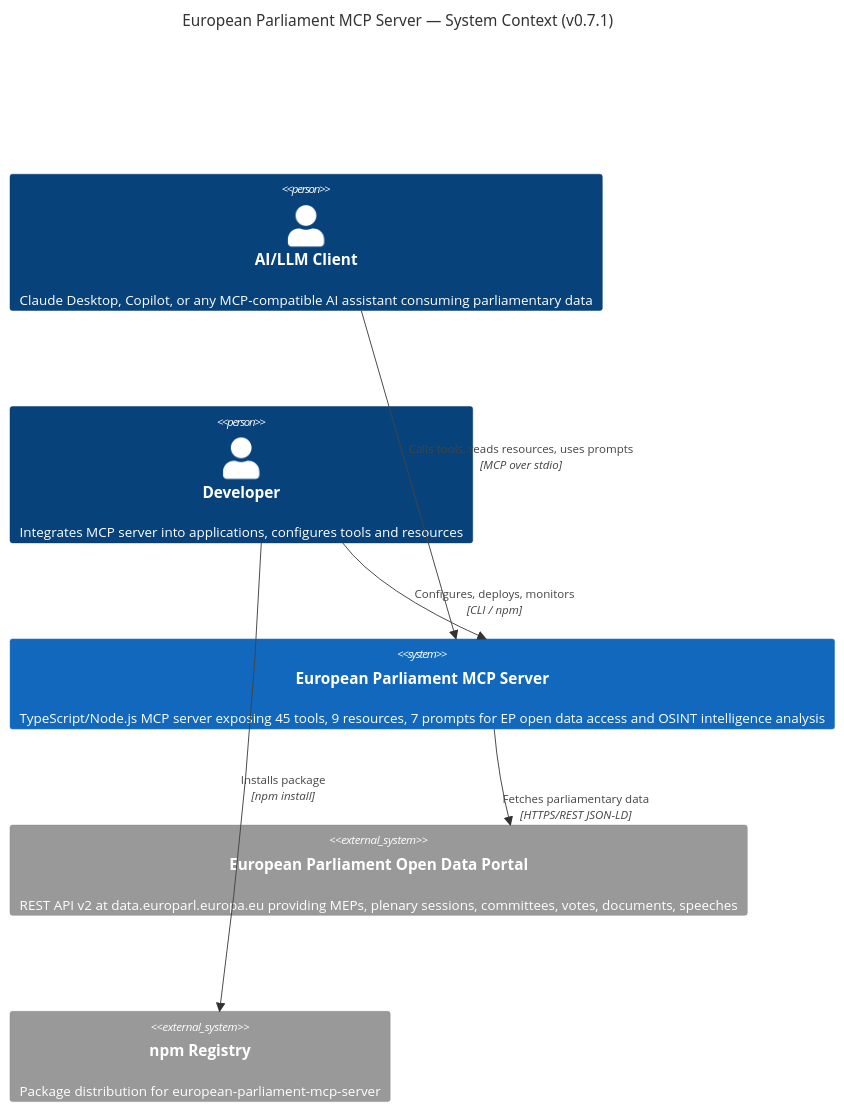
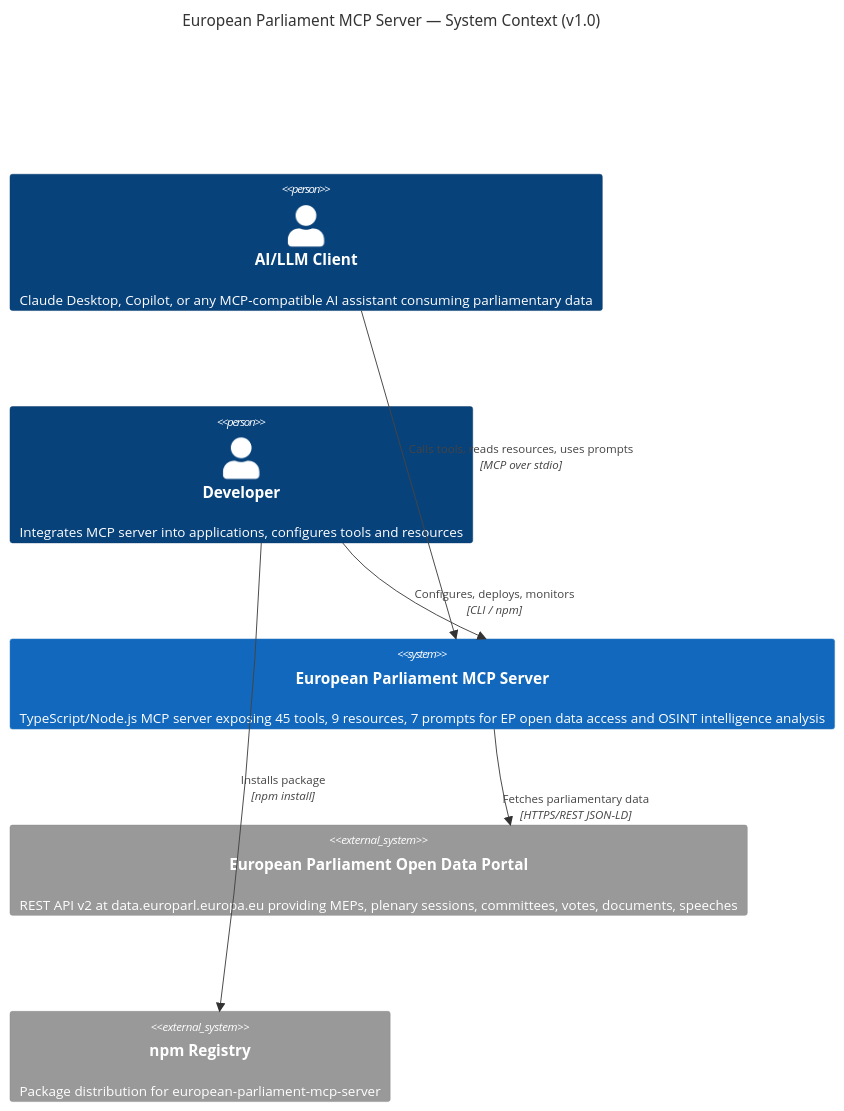
Before and after one commit to Hack23/European-Parliament-MCP-Server: the first of 5 diagrams in docs/api-markdown/_media/ARCHITECTURE.md, drawn with Mermaid. The commit also changed other lines of this file and 9 other files, not shown here.

````diff
--- a/docs/api-markdown/_media/ARCHITECTURE.md
+++ b/docs/api-markdown/_media/ARCHITECTURE.md
@@ -81,20 +81,20 @@
 ```mermaid
 C4Context
-    title European Parliament MCP Server — System Context (v0.7.1)
+    title European Parliament MCP Server — System Context (v1.0)
 
     Person(aiClient, "AI/LLM Client", "Claude Desktop, Copilot, or any MCP-compatible AI assistant consuming parliamentary data")
     Person(developer, "Developer", "Integrates MCP server into applications, configures tools and resources")
 
     System(mcpServer, "European Parliament MCP Server", "TypeScript/Node.js MCP server exposing 45 tools, 9 resources, 7 prompts for EP open data access and OSINT intelligence analysis")
 
     System_Ext(epApi, "European Parliament Open Data Portal", "REST API v2 at data.europarl.europa.eu providing MEPs, plenary sessions, committees, votes, documents, speeches")
     System_Ext(npmRegistry, "npm Registry", "Package distribution for european-parliament-mcp-server")
 
     Rel(aiClient, mcpServer, "Calls tools, reads resources, uses prompts", "MCP over stdio")
     Rel(developer, mcpServer, "Configures, deploys, monitors", "CLI / npm")
     Rel(mcpServer, epApi, "Fetches parliamentary data", "HTTPS/REST JSON-LD")
     Rel(developer, npmRegistry, "Installs package", "npm install")
 
     UpdateRelStyle(aiClient, mcpServer, $offsetY="-30")
     UpdateRelStyle(mcpServer, epApi, $offsetY="20")
 ```
````
